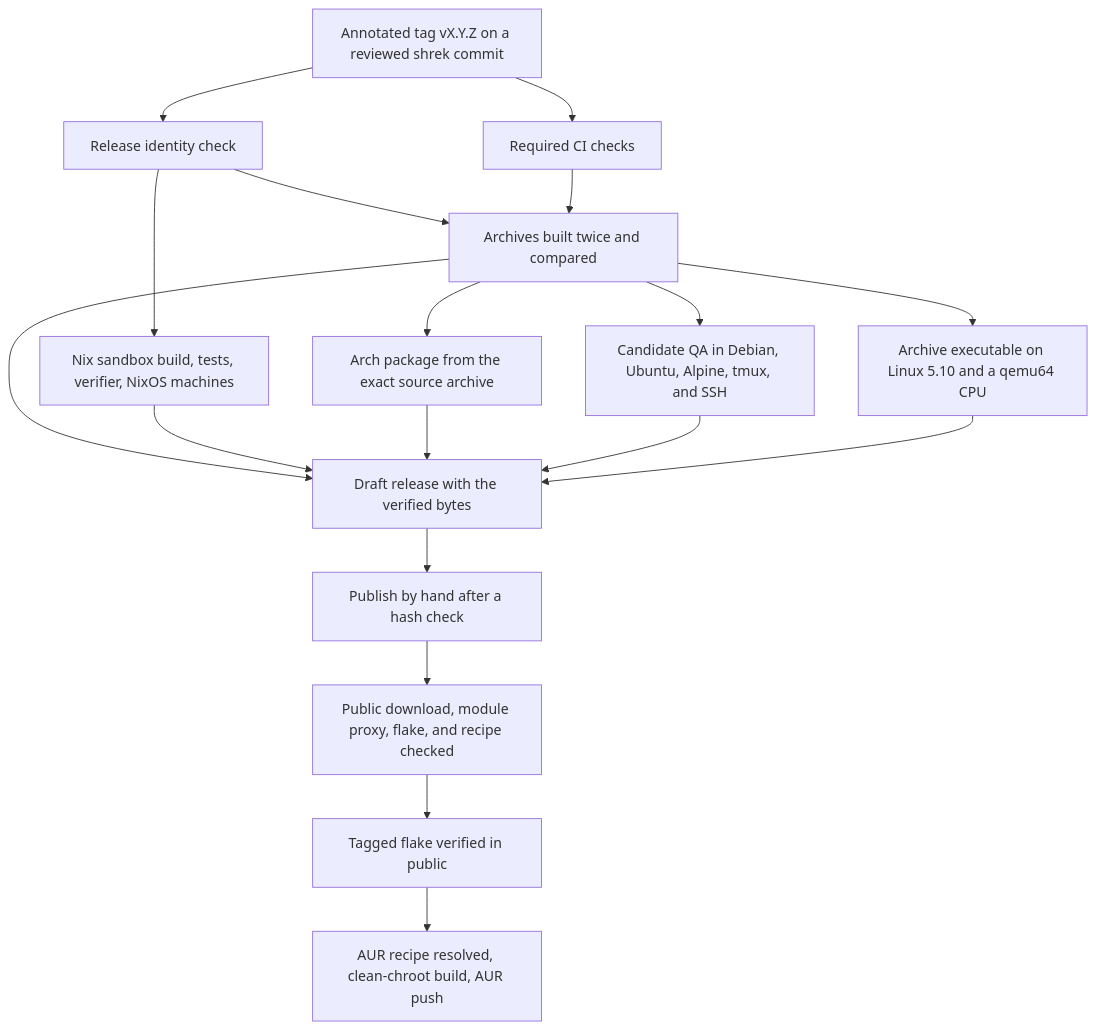
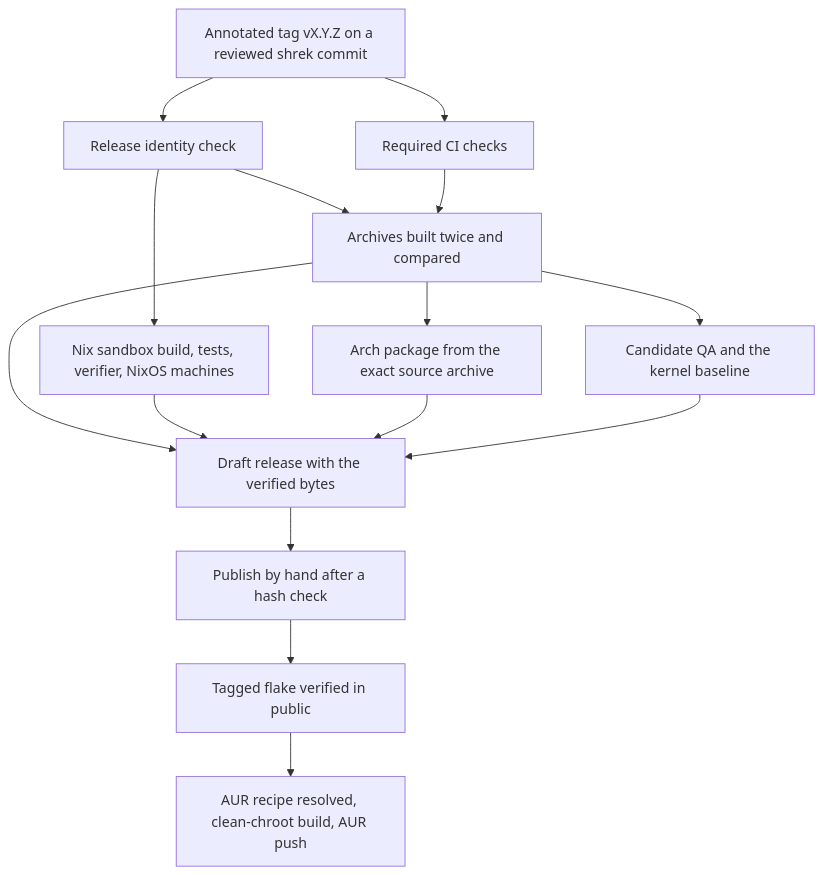
The diagram in docs/releasing.md (nuggocto/xunhen), drawn with Mermaid before and after one commit. The commit also changed other lines of this file and 7 other files, not shown here.

````diff
--- a/docs/releasing.md
+++ b/docs/releasing.md
@@ -8,20 +8,17 @@
 ```mermaid
 flowchart TD
     A[Annotated tag vX.Y.Z on a reviewed shrek commit] --> V[Release identity check]
     A --> C[Required CI checks]
     V --> B[Archives built twice and compared]
     C --> B
     V --> N[Nix sandbox build, tests, verifier, NixOS machines]
     B --> R[Arch package from the exact source archive]
-    B --> Q[Candidate QA in Debian, Ubuntu, Alpine, tmux, and SSH]
-    B --> K[Archive executable on Linux 5.10 and a qemu64 CPU]
+    B --> Q[Candidate QA and the kernel baseline]
     B --> S[Draft release with the verified bytes]
     N --> S
     R --> S
     Q --> S
-    K --> S
     S --> P[Publish by hand after a hash check]
-    P --> D[Public download, module proxy, flake, and recipe checked]
-    D --> F[Tagged flake verified in public]
+    P --> F[Tagged flake verified in public]
     F --> U[AUR recipe resolved, clean-chroot build, AUR push]
 ```
````
